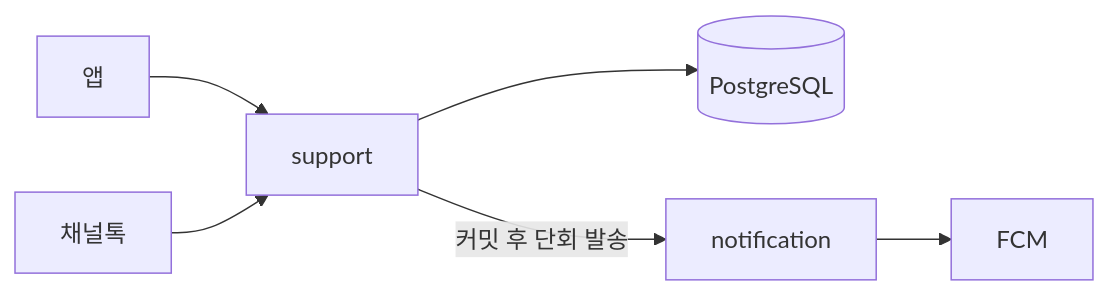
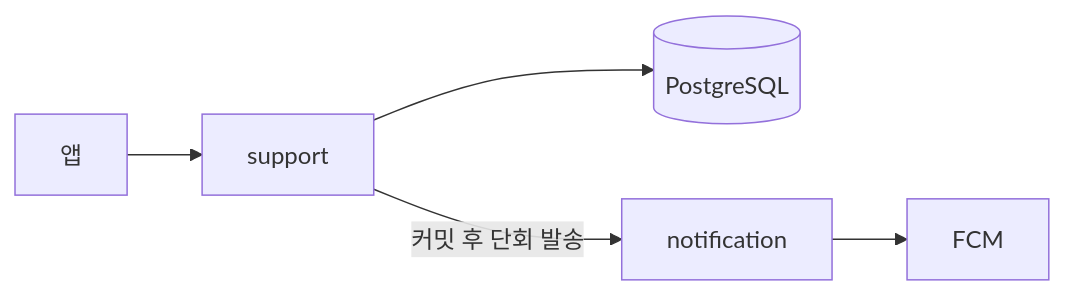
The first of 2 diagrams in docs/support.md (DaeSaBu/meongcoach-BE), drawn with Mermaid before and after one commit. The commit also changed other lines of this file and 3 other files, not shown here.

Commit message:
docs(support): 채널톡 웹훅 설명 제거

````diff
--- a/docs/support.md
+++ b/docs/support.md
@@ -6,8 +6,7 @@
 ```mermaid
 flowchart LR
     App[앱] --> Support[support]
-    Channel[채널톡] --> Support
     Support --> DB[(PostgreSQL)]
     Support -->|커밋 후 단회 발송| Notification[notification]
     Notification --> FCM
 ```
````
